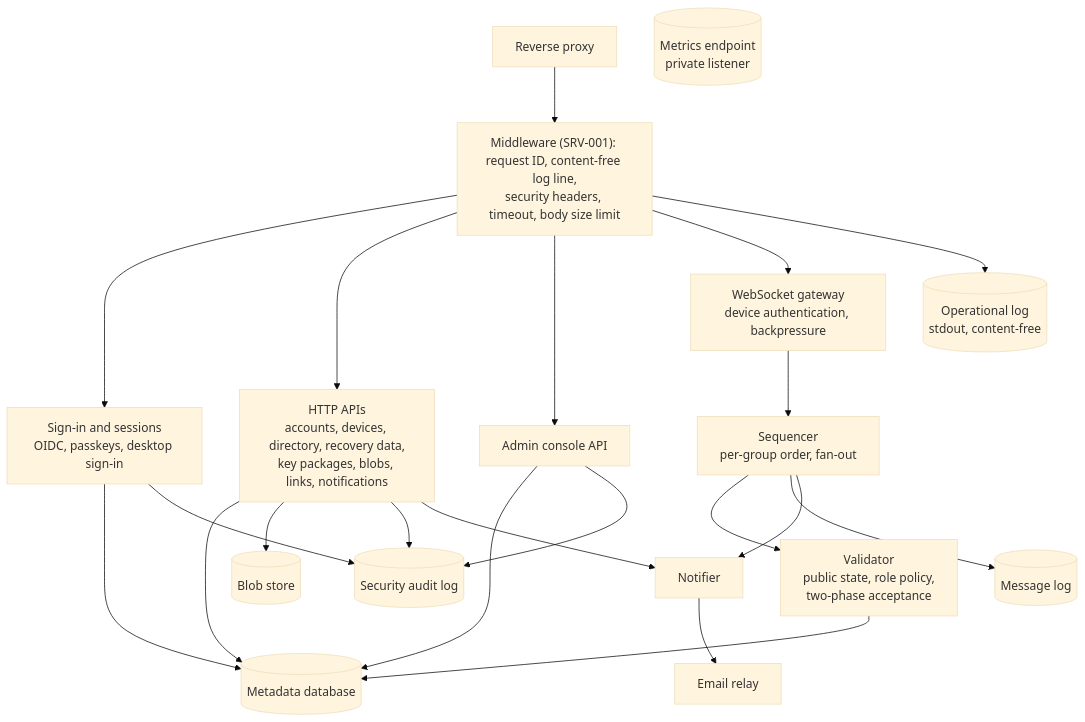
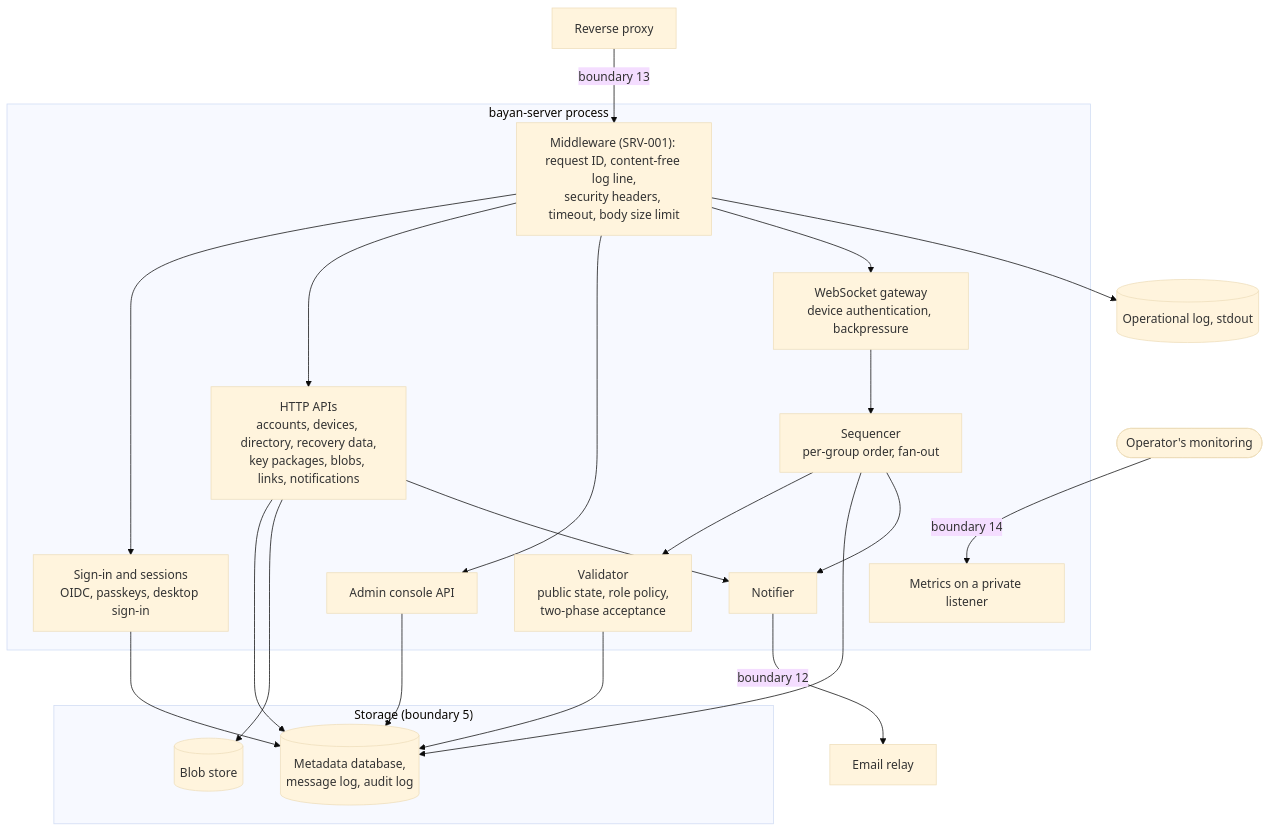
Before and after one commit to BayanDocs/docs: the second of 21 diagrams in specs/threat-model.md, drawn with Mermaid (base theme). The commit also changed other lines of this file and 1 other file, not shown here.

First line of the commit message:
docs(specs): revise threat model v1 and Phase-1 server drafts after review (SRV-003)

````diff
--- a/specs/threat-model.md
+++ b/specs/threat-model.md
@@ -181,24 +201,40 @@
 ```mermaid
 flowchart TB
-  proxy["Reverse proxy"] --> mw["Middleware (SRV-001): request ID, content-free log line,<br/>security headers, timeout, body size limit"]
-  mw --> signin["Sign-in and sessions<br/>OIDC, passkeys, desktop sign-in"]
-  mw --> apis["HTTP APIs<br/>accounts, devices, directory, recovery data,<br/>key packages, blobs, links, notifications"]
-  mw --> admin["Admin console API"]
-  mw --> ws["WebSocket gateway<br/>device authentication, backpressure"]
-  ws --> seq["Sequencer<br/>per-group order, fan-out"]
-  seq --> val["Validator<br/>public state, role policy,<br/>two-phase acceptance"]
-  seq --> mlog[("Message log")]
-  signin --> db[("Metadata database")]
+  proxy["Reverse proxy"]
+  subgraph process["bayan-server process"]
+    mw["Middleware (SRV-001): request ID, content-free log line,<br/>security headers, timeout, body size limit"]
+    signin["Sign-in and sessions<br/>OIDC, passkeys, desktop sign-in"]
+    apis["HTTP APIs<br/>accounts, devices, directory, recovery data,<br/>key packages, blobs, links, notifications"]
+    adminapi["Admin console API"]
+    ws["WebSocket gateway<br/>device authentication, backpressure"]
+    seq["Sequencer<br/>per-group order, fan-out"]
+    val["Validator<br/>public state, role policy,<br/>two-phase acceptance"]
+    notif["Notifier"]
+    metrics["Metrics on a private listener"]
+  end
+  subgraph stores["Storage (boundary 5)"]
+    db[("Metadata database,<br/>message log, audit log")]
+    blobs[("Blob store")]
+  end
+  oplog[("Operational log, stdout")]
+  smtp["Email relay"]
+  monitor([Operator's monitoring])
+  proxy -->|"boundary 13"| mw
+  mw --> signin
+  mw --> apis
+  mw --> adminapi
+  mw --> ws
+  ws --> seq
+  seq --> val
+  signin --> db
   apis --> db
-  admin --> db
+  adminapi --> db
   val --> db
-  apis --> blobs[("Blob store")]
-  signin --> audit[("Security audit log")]
-  apis --> audit
-  admin --> audit
-  apis --> notif["Notifier"]
+  seq --> db
+  apis --> blobs
+  apis --> notif
   seq --> notif
-  notif --> smtp["Email relay"]
-  mw --> oplog[("Operational log<br/>stdout, content-free")]
-  metrics[("Metrics endpoint<br/>private listener")]
+  notif -->|"boundary 12"| smtp
+  mw --> oplog
+  monitor -->|"boundary 14"| metrics
 ```
````
